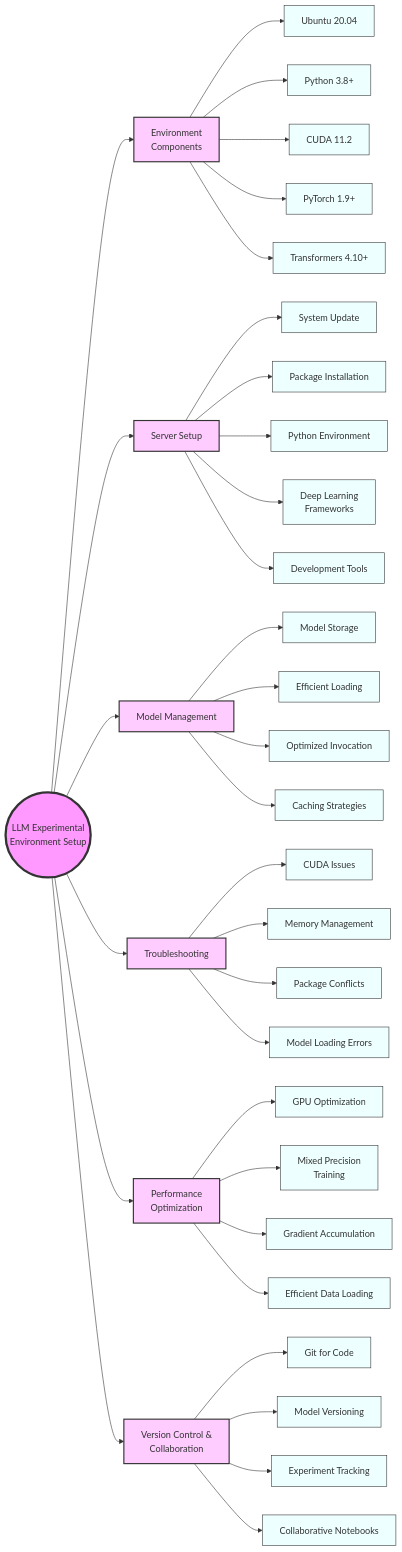
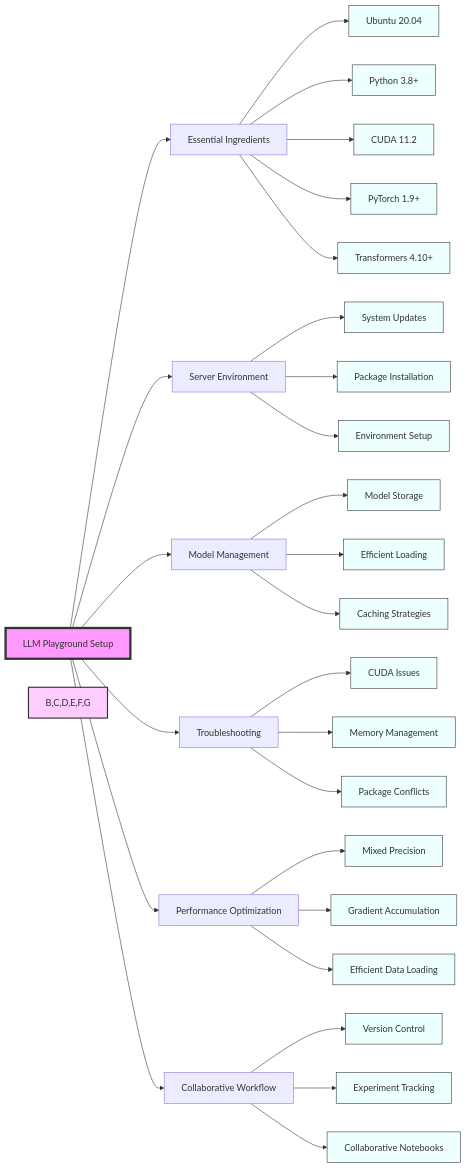
One commit to chenxingqiang/llm-course-chen changed the second of 2 diagrams in notebooks/md/lesson_05_Introduction_and_Setup_of_the_Experimental_Environment.md. Above: the diagram before and after it, drawn with Mermaid. The commit also changed other lines of this file and 241 other files, not shown here.

````diff
--- a/notebooks/md/lesson_05_Introduction_and_Setup_of_the_Experimental_Environment.md
+++ b/notebooks/md/lesson_05_Introduction_and_Setup_of_the_Experimental_Environment.md
@@ -727,56 +879,40 @@
 ```mermaid
 graph LR
-    A(("LLM Experimental<br/>Environment Setup"))
-    
-    B["Environment<br/>Components"]
-    C["Server Setup"]
-    D["Model Management"]
-    E["Troubleshooting"]
-    F["Performance<br/>Optimization"]
-    G["Version Control &<br/>Collaboration"]
-    
-    A --> B & C & D & E & F & G
-    
-    B --> B1["Ubuntu 20.04"]
-    B --> B2["Python 3.8+"]
-    B --> B3["CUDA 11.2"]
-    B --> B4["PyTorch 1.9+"]
-    B --> B5["Transformers 4.10+"]
-    
-    C --> C1["System Update"]
-    C --> C2["Package Installation"]
-    C --> C3["Python Environment"]
-    C --> C4["Deep Learning<br/>Frameworks"]
-    C --> C5["Development Tools"]
-    
-    D --> D1["Model Storage"]
-    D --> D2["Efficient Loading"]
-    D --> D3["Optimized Invocation"]
-    D --> D4["Caching Strategies"]
-    
-    E --> E1["CUDA Issues"]
-    E --> E2["Memory Management"]
-    E --> E3["Package Conflicts"]
-    E --> E4["Model Loading Errors"]
-    
-    F --> F1["GPU Optimization"]
-    F --> F2["Mixed Precision<br/>Training"]
-    F --> F3["Gradient Accumulation"]
-    F --> F4["Efficient Data Loading"]
-    
-    G --> G1["Git for Code"]
-    G --> G2["Model Versioning"]
-    G --> G3["Experiment Tracking"]
-    G --> G4["Collaborative Notebooks"]
+    A[LLM Playground Setup] --> B[Essential Ingredients]
+    A --> C[Server Environment]
+    A --> D[Model Management]
+    A --> E[Troubleshooting]
+    A --> F[Performance Optimization]
+    A --> G[Collaborative Workflow]
+
+    B --> B1[Ubuntu 20.04]
+    B --> B2[Python 3.8+]
+    B --> B3[CUDA 11.2]
+    B --> B4[PyTorch 1.9+]
+    B --> B5[Transformers 4.10+]
+
+    C --> C1[System Updates]
+    C --> C2[Package Installation]
+    C --> C3[Environment Setup]
+
+    D --> D1[Model Storage]
+    D --> D2[Efficient Loading]
+    D --> D3[Caching Strategies]
+
+    E --> E1[CUDA Issues]
+    E --> E2[Memory Management]
+    E --> E3[Package Conflicts]
+
+    F --> F1[Mixed Precision]
+    F --> F2[Gradient Accumulation]
+    F --> F3[Efficient Data Loading]
+
+    G --> G1[Version Control]
+    G --> G2[Experiment Tracking]
+    G --> G3[Collaborative Notebooks]
 
     style A fill:#f9f,stroke:#333,stroke-width:4px
-    style B fill:#fcf,stroke:#333,stroke-width:2px
-    style C fill:#fcf,stroke:#333,stroke-width:2px
-    style D fill:#fcf,stroke:#333,stroke-width:2px
-    style E fill:#fcf,stroke:#333,stroke-width:2px
-    style F fill:#fcf,stroke:#333,stroke-width:2px
-    style G fill:#fcf,stroke:#333,stroke-width:2px
-    
+    style B,C,D,E,F,G fill:#fcf,stroke:#333,stroke-width:2px
     classDef subTopic fill:#eff,stroke:#333,stroke-width:1px
-    class B1,B2,B3,B4,B5,C1,C2,C3,C4,C5,D1,D2,D3,D4,E1,E2,E3,E4,F1,F2,F3,F4,G1,G2,G3,G4 subTopic
+    class B1,B2,B3,B4,B5,C1,C2,C3,D1,D2,D3,E1,E2,E3,F1,F2,F3,G1,G2,G3 subTopic
 ```
````
